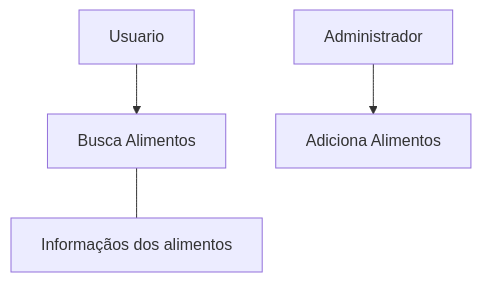
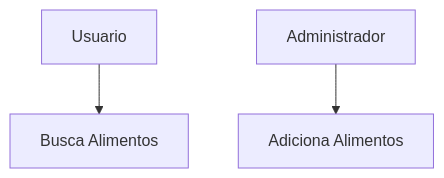
Before and after one commit to CTISM-Prof-Henry/trab-final-tarde-testa-de-amola-facao: the diagram in diagrama_uml.md, drawn with Mermaid.

````diff
--- a/diagrama_uml.md
+++ b/diagrama_uml.md
@@ -2,7 +2,7 @@
 ```mermaid
 
 flowchart TB
     A["Usuario"] --> B["Busca Alimentos"]
-    B --- C["Informaçãos dos alimentos"]
+    
     D["Administrador"] --> E["Adiciona Alimentos"]
 ```
````
